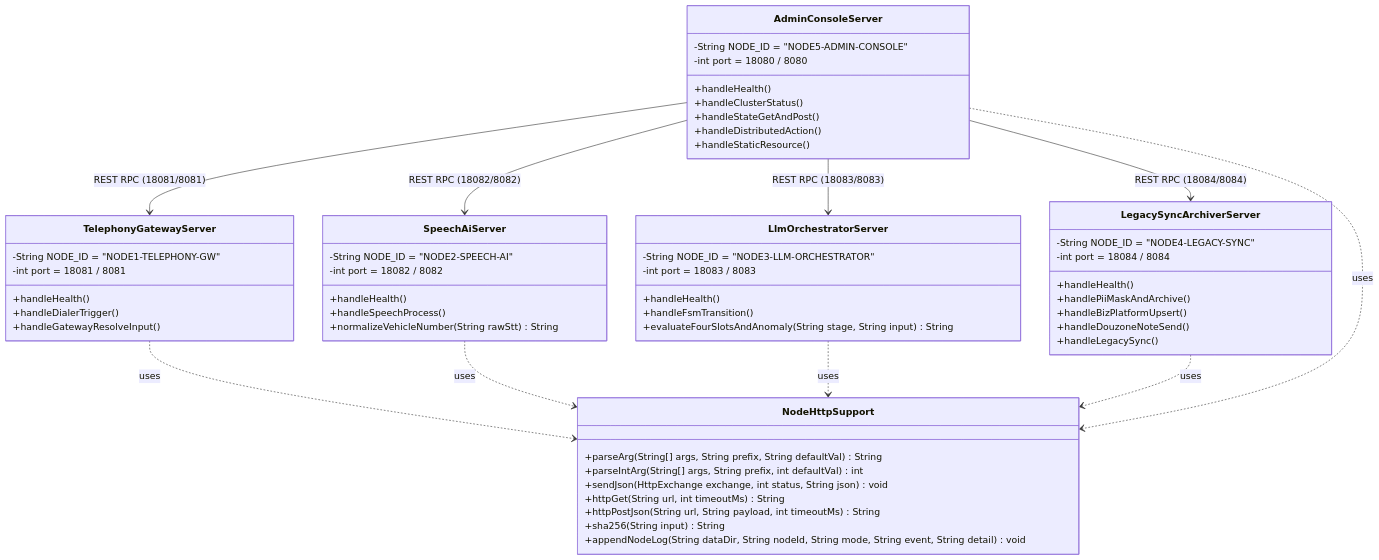
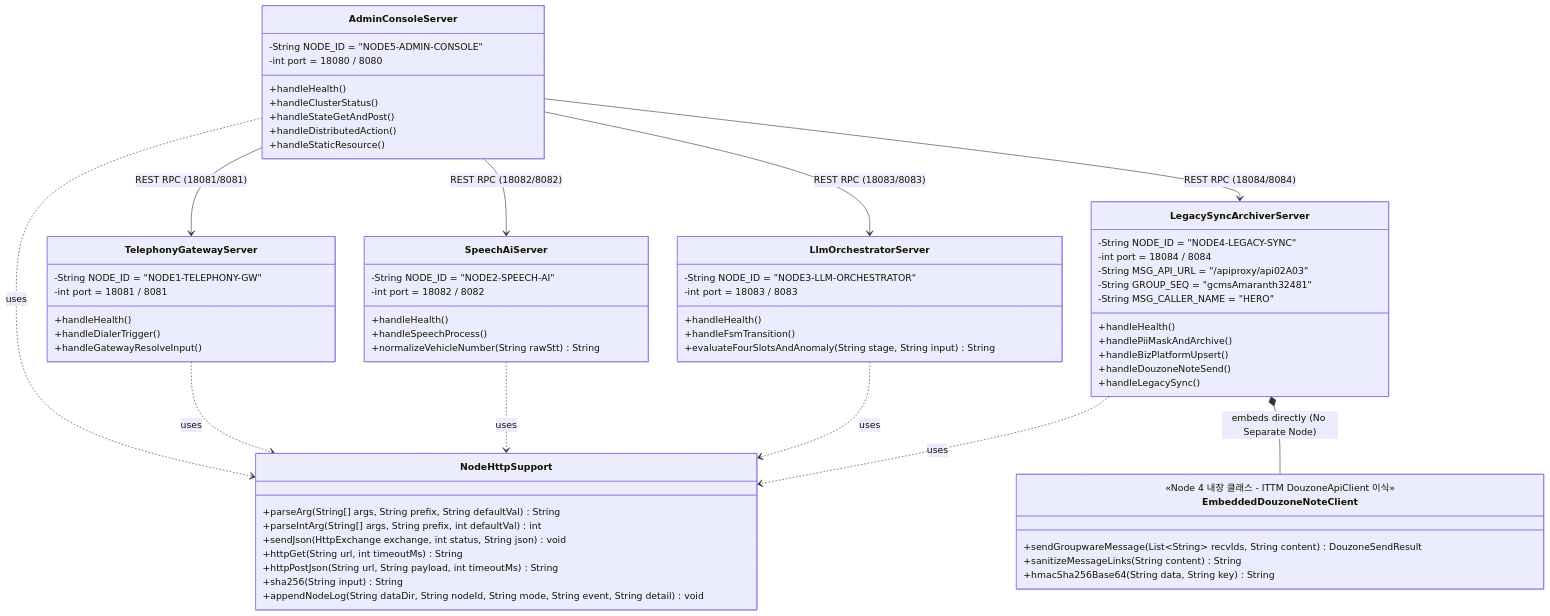
One commit to herosonsa1/AI_HappyCall changed the second of 3 diagrams in dist/docs/02_응용프로그램_설계도면.md. Above: the diagram before and after it, drawn with Mermaid. The commit also changed other lines of this file and 33 other files, not shown here.

Commit message:
feat(node4-douzone): REA-analyze ITTM DouzoneApiClient (/apiproxy/api02A03) and embed directly into Node 4 without separate node

````diff
--- a/dist/docs/02_응용프로그램_설계도면.md
+++ b/dist/docs/02_응용프로그램_설계도면.md
@@ -97,66 +102,77 @@
 ```mermaid
 classDiagram
     class NodeHttpSupport {
         +parseArg(String[] args, String prefix, String defaultVal) String
         +parseIntArg(String[] args, String prefix, int defaultVal) int
         +sendJson(HttpExchange exchange, int status, String json) void
         +httpGet(String url, int timeoutMs) String
         +httpPostJson(String url, String payload, int timeoutMs) String
         +sha256(String input) String
         +appendNodeLog(String dataDir, String nodeId, String mode, String event, String detail) void
     }
 
     class TelephonyGatewayServer {
         -String NODE_ID = "NODE1-TELEPHONY-GW"
         -int port = 18081 / 8081
         +handleHealth()
         +handleDialerTrigger()
         +handleGatewayResolveInput()
     }
 
     class SpeechAiServer {
         -String NODE_ID = "NODE2-SPEECH-AI"
         -int port = 18082 / 8082
         +handleHealth()
         +handleSpeechProcess()
         +normalizeVehicleNumber(String rawStt) String
     }
 
     class LlmOrchestratorServer {
         -String NODE_ID = "NODE3-LLM-ORCHESTRATOR"
         -int port = 18083 / 8083
         +handleHealth()
         +handleFsmTransition()
         +evaluateFourSlotsAndAnomaly(String stage, String input) String
     }
 
     class LegacySyncArchiverServer {
         -String NODE_ID = "NODE4-LEGACY-SYNC"
         -int port = 18084 / 8084
+        -String MSG_API_URL = "/apiproxy/api02A03"
+        -String GROUP_SEQ = "gcmsAmaranth32481"
+        -String MSG_CALLER_NAME = "HERO"
         +handleHealth()
         +handlePiiMaskAndArchive()
         +handleBizPlatformUpsert()
         +handleDouzoneNoteSend()
         +handleLegacySync()
+    }
+
+    class EmbeddedDouzoneNoteClient {
+        <<Node 4 내장 클래스 - ITTM DouzoneApiClient 이식>>
+        +sendGroupwareMessage(List~String~ recvIds, String content) DouzoneSendResult
+        +sanitizeMessageLinks(String content) String
+        +hmacSha256Base64(String data, String key) String
     }
 
     class AdminConsoleServer {
         -String NODE_ID = "NODE5-ADMIN-CONSOLE"
         -int port = 18080 / 8080
         +handleHealth()
         +handleClusterStatus()
         +handleStateGetAndPost()
         +handleDistributedAction()
         +handleStaticResource()
     }
 
     TelephonyGatewayServer ..> NodeHttpSupport : uses
     SpeechAiServer ..> NodeHttpSupport : uses
     LlmOrchestratorServer ..> NodeHttpSupport : uses
     LegacySyncArchiverServer ..> NodeHttpSupport : uses
+    LegacySyncArchiverServer *-- EmbeddedDouzoneNoteClient : embeds directly (No Separate Node)
     AdminConsoleServer ..> NodeHttpSupport : uses
     AdminConsoleServer --> TelephonyGatewayServer : REST RPC (18081/8081)
     AdminConsoleServer --> SpeechAiServer : REST RPC (18082/8082)
     AdminConsoleServer --> LlmOrchestratorServer : REST RPC (18083/8083)
     AdminConsoleServer --> LegacySyncArchiverServer : REST RPC (18084/8084)
 ```
````
